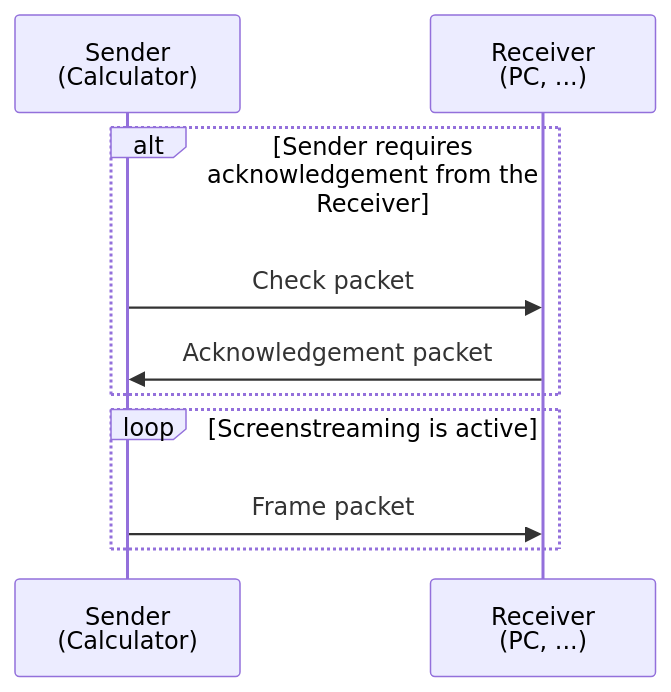
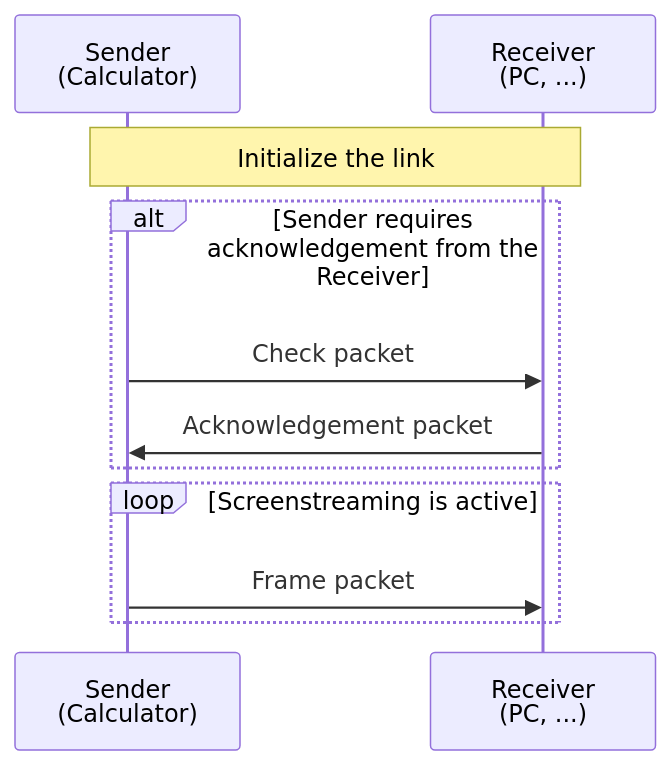
One commit to thomas-touhey/cahute changed the diagram in docs/topics/protocols/seven-ohp/flows.rst. Above: the diagram before and after it, drawn with Mermaid. The commit also changed other lines of this file and 3 other files, not shown here.

```diff
--- a/docs/topics/protocols/seven-ohp/flows.rst
+++ b/docs/topics/protocols/seven-ohp/flows.rst
@@ -14,14 +14,16 @@
 .. mermaid::
 
     sequenceDiagram
         Participant sender as Sender<br />(Calculator)
         Participant receiver as Receiver<br />(PC, ...)
+
+        Note over sender,receiver: Initialize the link
 
         alt Sender requires acknowledgement from the Receiver
             sender->>receiver: Check packet
             receiver->>sender: Acknowledgement packet
         end
 
         loop Screenstreaming is active
             sender->>receiver: Frame packet
         end
```
